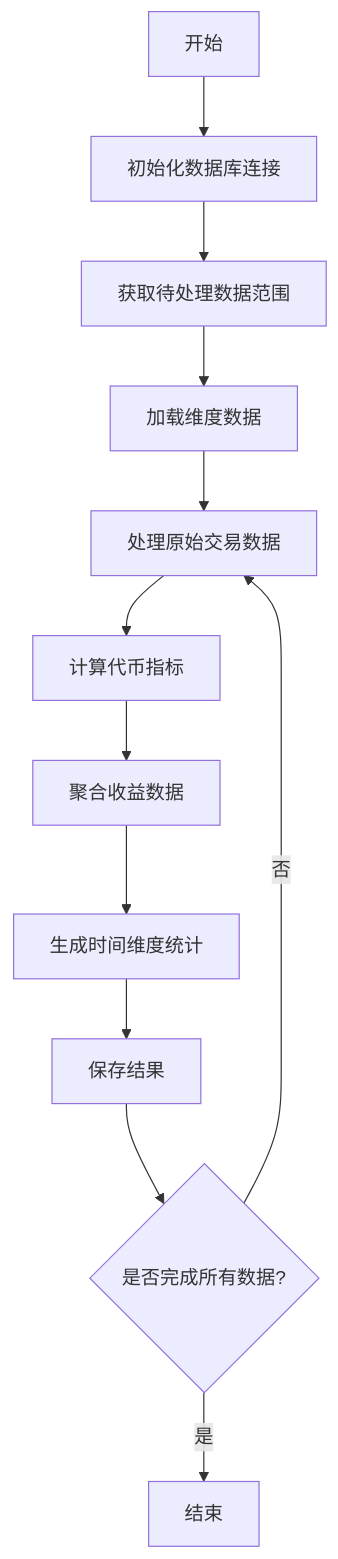
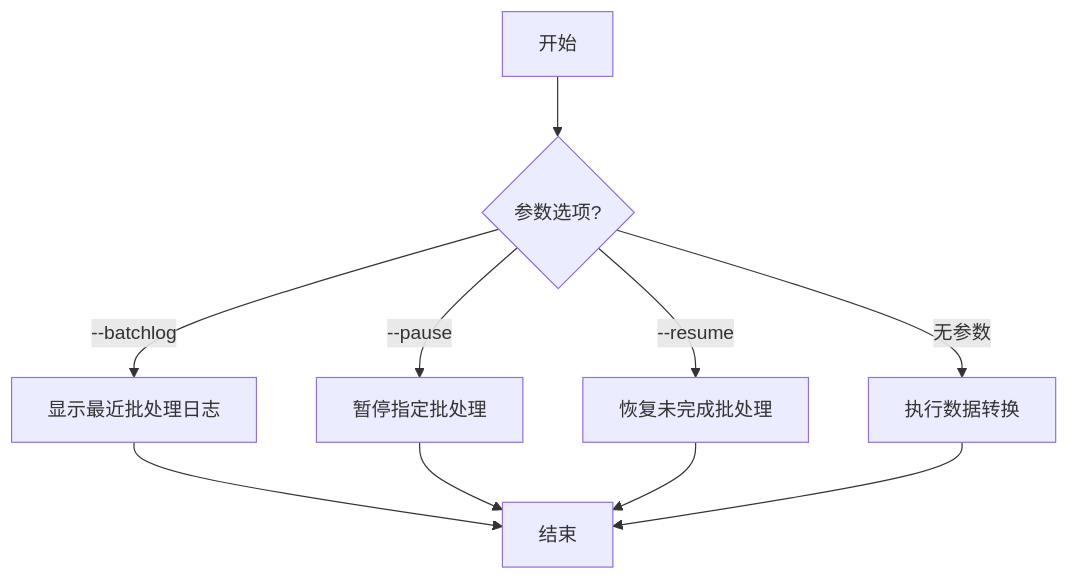
Before and after one commit to Query-Web3/queryweb3-extractor: the diagram in doc/cn/transform_command.md, drawn with Mermaid. The commit also changed other lines of this file and 3 other files, not shown here.

````diff
--- a/doc/cn/transform_command.md
+++ b/doc/cn/transform_command.md
@@ -11,14 +10,12 @@
 ```mermaid
 graph TD
-    A[开始] --> B[初始化数据库连接]
-    B --> C[获取待处理数据范围]
-    C --> D[加载维度数据]
-    D --> E[处理原始交易数据]
-    E --> F[计算代币指标]
-    F --> G[聚合收益数据]
-    G --> H[生成时间维度统计]
-    H --> I[保存结果]
-    I --> J{是否完成所有数据?}
-    J -->|否| E
-    J -->|是| K[结束]
+    A[开始] --> B{参数选项?}
+    B -->|--batchlog| C[显示最近批处理日志]
+    B -->|--pause| D[暂停指定批处理]
+    B -->|--resume| E[恢复未完成批处理]
+    B -->|无参数| F[执行数据转换]
+    C --> G[结束]
+    D --> G
+    E --> G
+    F --> G
 ```
````
